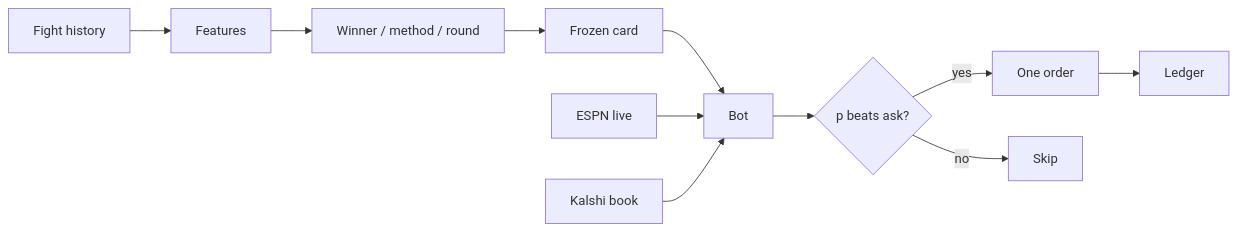
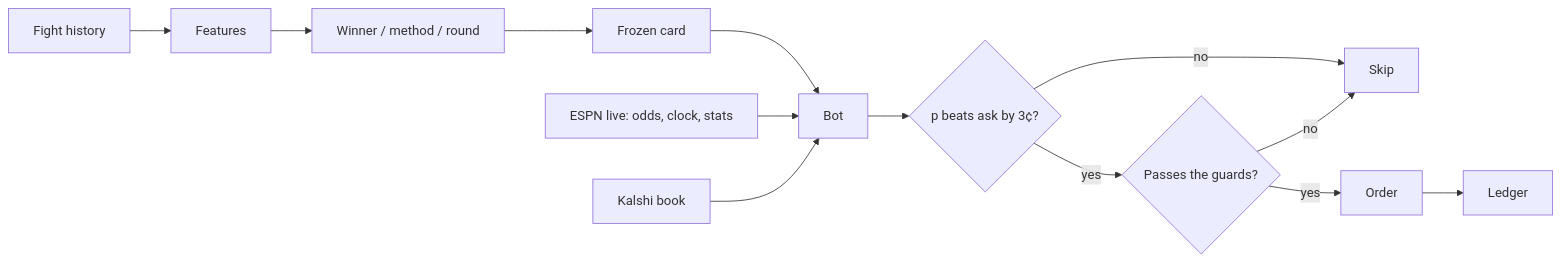
Before and after one commit to Kanwar-Ghuman/Ictus: the diagram in README.md, drawn with Mermaid. The commit also changed other lines of this file and 57 other files, not shown here.

````diff
--- a/README.md
+++ b/README.md
@@ -11,13 +11,15 @@
 ```mermaid
 flowchart LR
   A[Fight history] --> B[Features]
   B --> C[Winner / method / round]
   C --> D[Frozen card]
   D --> G[Bot]
-  E[ESPN live] --> G
+  E[ESPN live: odds, clock, stats] --> G
   F[Kalshi book] --> G
-  G --> H{p beats ask?}
-  H -->|yes| I[One order]
+  G --> H{p beats ask by 3¢?}
+  H -->|yes| L{Passes the guards?}
   H -->|no| J[Skip]
+  L -->|yes| I[Order]
+  L -->|no| J
   I --> K[Ledger]
 ```
````
